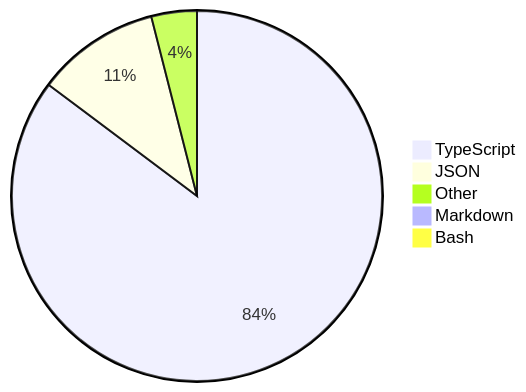
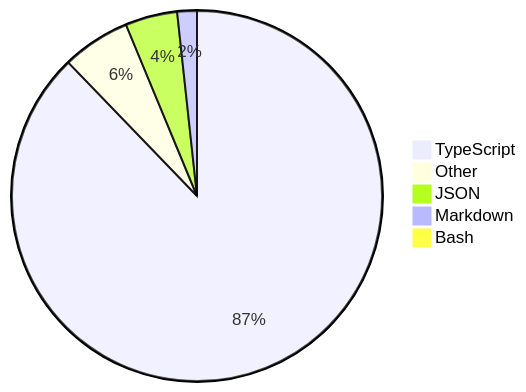
One commit to skvggor/skvggor changed the diagram in README.md. Above: the diagram before and after it, drawn with Mermaid.

Commit message:
Updated waka-readme graph with new metrics

````diff
--- a/README.md
+++ b/README.md
@@ -28,8 +28,8 @@
 ```mermaid
 pie
-    "TypeScript" : 83.7
-    "JSON" : 10.6
-    "Other" : 3.9
-    "Markdown" : 0.9
+    "TypeScript" : 87.0
+    "Other" : 5.9
+    "JSON" : 4.5
+    "Markdown" : 1.7
     "Bash" : 0.9
 ```
````
